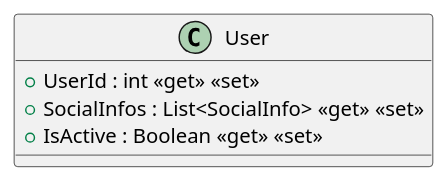
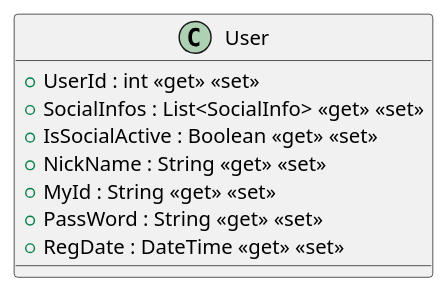
The diagram in docs/uml/User.puml (psmon/netcore-restweb-entity-akka), drawn with PlantUML before and after one commit. The commit also changed 11 other files, not shown here.

```diff
--- a/docs/uml/User.puml
+++ b/docs/uml/User.puml
@@ -1,7 +1,11 @@
 @startuml
 class User {
     + UserId : int <<get>> <<set>>
     + SocialInfos : List<SocialInfo> <<get>> <<set>>
-    + IsActive : Boolean <<get>> <<set>>
+    + IsSocialActive : Boolean <<get>> <<set>>
+    + NickName : String <<get>> <<set>>
+    + MyId : String <<get>> <<set>>
+    + PassWord : String <<get>> <<set>>
+    + RegDate : DateTime <<get>> <<set>>
 }
 @enduml
```
